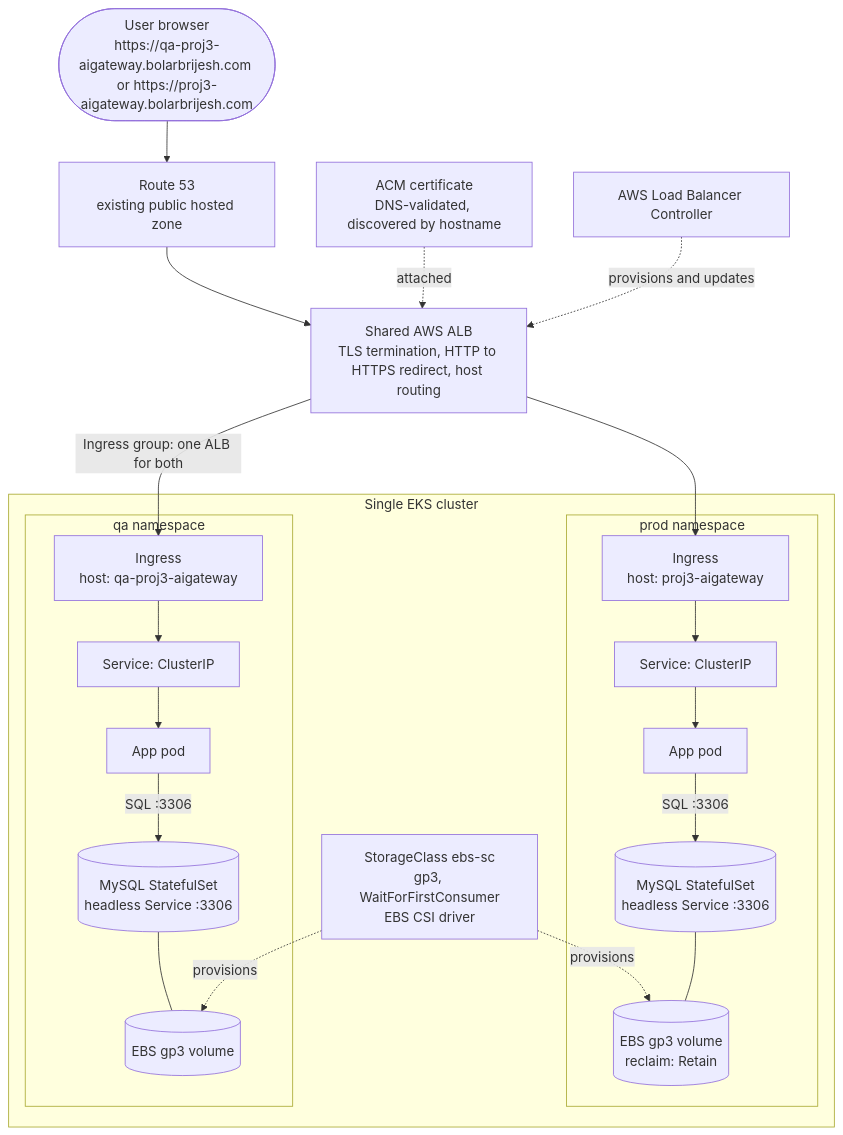
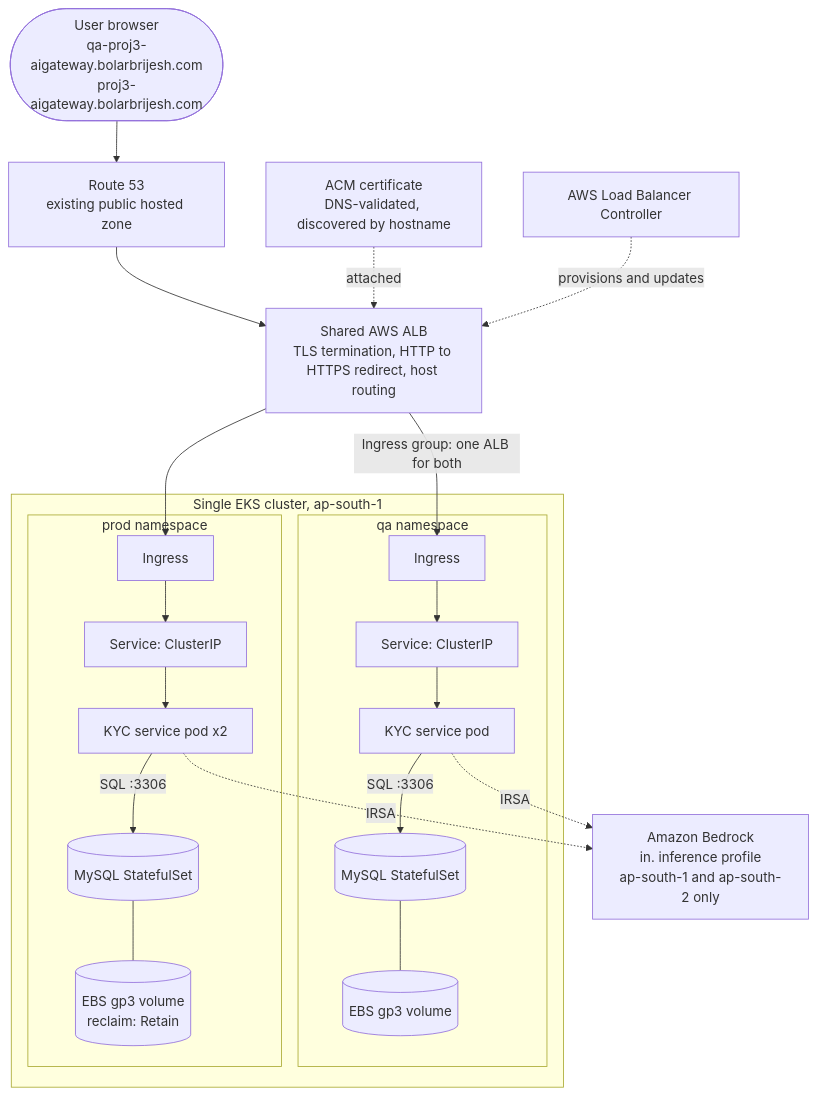
One commit to meetbrij/prod-grade-e2e-devsecops-pipeline changed the second of 9 diagrams in README.md. Above: the diagram before and after it, drawn with Mermaid. The commit also changed other lines of this file and 4 other files, not shown here.

````diff
--- a/README.md
+++ b/README.md
@@ -87,34 +129,27 @@
 ```mermaid
 flowchart TD
-    U([User browser<br/>https://qa-proj3-aigateway.bolarbrijesh.com or https://proj3-aigateway.bolarbrijesh.com]) --> R53[Route 53<br/>existing public hosted zone]
+    U([User browser<br/>qa-proj3-aigateway.bolarbrijesh.com<br/>proj3-aigateway.bolarbrijesh.com]) --> R53[Route 53<br/>existing public hosted zone]
     R53 --> ALB[Shared AWS ALB<br/>TLS termination, HTTP to HTTPS redirect, host routing]
     ACM[ACM certificate<br/>DNS-validated, discovered by hostname] -. attached .-> ALB
     ALBC[AWS Load Balancer Controller] -. provisions and updates .-> ALB
 
-    subgraph EKS[Single EKS cluster]
+    subgraph EKS[Single EKS cluster, ap-south-1]
         subgraph QA[qa namespace]
-            INGQ[Ingress<br/>host: qa-proj3-aigateway]
-            SVCQ[Service: ClusterIP]
-            APPQ[App pod]
-            DBQ[(MySQL StatefulSet<br/>headless Service :3306)]
-            PVQ[(EBS gp3 volume)]
-            INGQ --> SVCQ --> APPQ -->|SQL :3306| DBQ
-            DBQ --- PVQ
+            INGQ[Ingress] --> SVCQ[Service: ClusterIP]
+            SVCQ --> APPQ[KYC service pod]
+            APPQ -->|SQL :3306| DBQ[(MySQL StatefulSet)]
+            DBQ --- PVQ[(EBS gp3 volume)]
         end
         subgraph PROD[prod namespace]
-            INGP[Ingress<br/>host: proj3-aigateway]
-            SVCP[Service: ClusterIP]
-            APPP[App pod]
-            DBP[(MySQL StatefulSet<br/>headless Service :3306)]
-            PVP[(EBS gp3 volume<br/>reclaim: Retain)]
-            INGP --> SVCP --> APPP -->|SQL :3306| DBP
-            DBP --- PVP
+            INGP[Ingress] --> SVCP[Service: ClusterIP]
+            SVCP --> APPP[KYC service pod x2]
+            APPP -->|SQL :3306| DBP[(MySQL StatefulSet)]
+            DBP --- PVP[(EBS gp3 volume<br/>reclaim: Retain)]
         end
-        SC[StorageClass ebs-sc<br/>gp3, WaitForFirstConsumer<br/>EBS CSI driver]
-        SC -. provisions .-> PVQ
-        SC -. provisions .-> PVP
     end
 
     ALB -->|Ingress group: one ALB for both| INGQ
     ALB --> INGP
+    APPQ -. IRSA .-> BR[Amazon Bedrock<br/>in. inference profile<br/>ap-south-1 and ap-south-2 only]
+    APPP -. IRSA .-> BR
 ```
````
